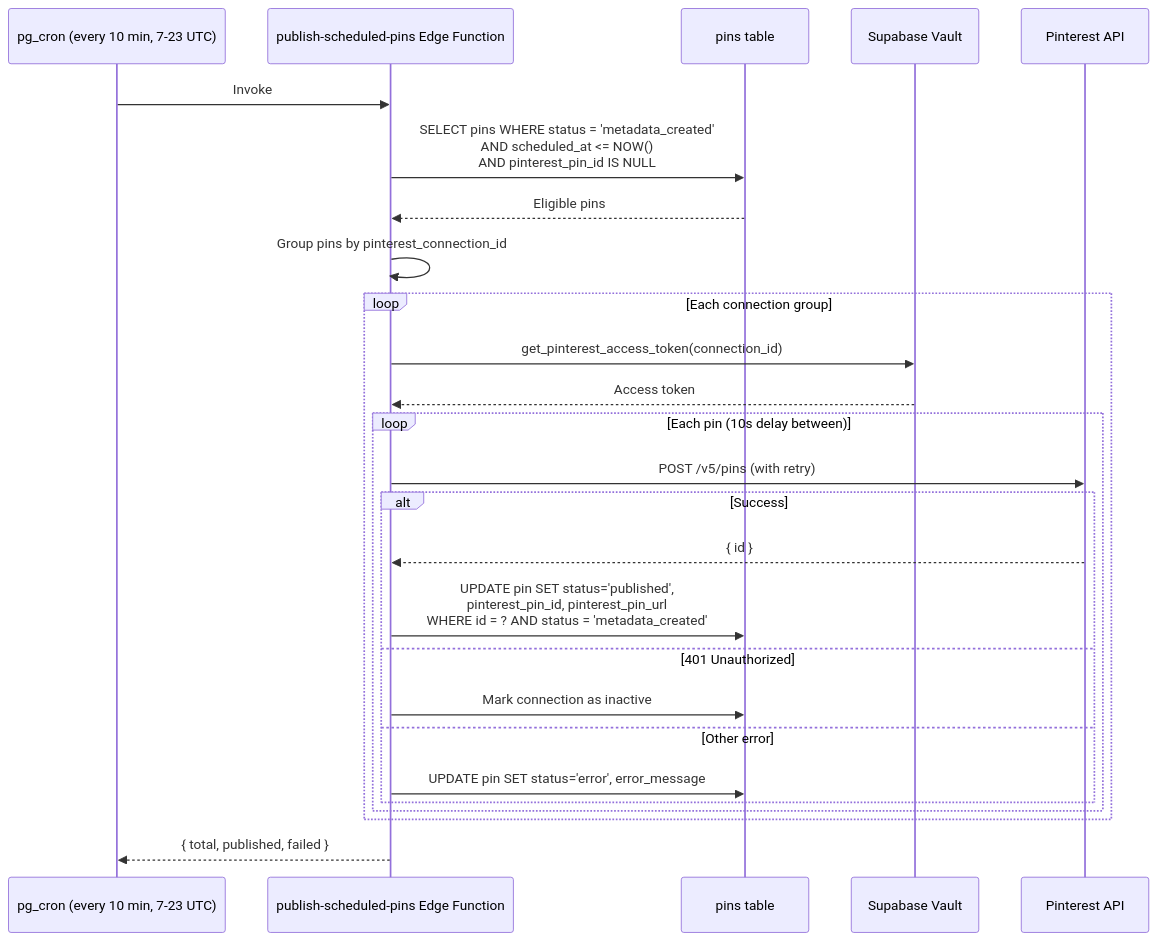
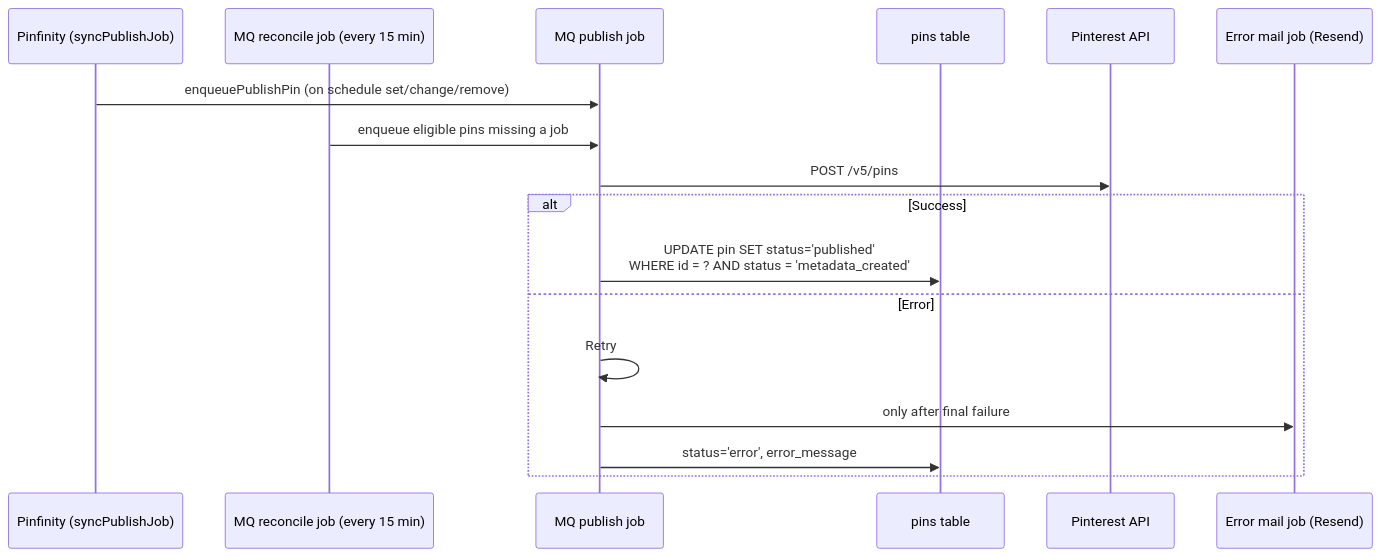
One commit to theaussie86/petra-pinterest changed the second of 4 diagrams in docs/flows/pin-publishing.md. Above: the diagram before and after it, drawn with Mermaid. The commit also changed other lines of this file and 5 other files, not shown here.

````diff
--- a/docs/flows/pin-publishing.md
+++ b/docs/flows/pin-publishing.md
@@ -38,33 +40,20 @@
 ```mermaid
 sequenceDiagram
-    participant Cron as pg_cron (every 10 min, 7-23 UTC)
-    participant Edge as publish-scheduled-pins Edge Function
+    participant App as Pinfinity (syncPublishJob)
+    participant Rec as MQ reconcile job (every 15 min)
+    participant MQ as MQ publish job
     participant DB as pins table
-    participant Vault as Supabase Vault
     participant Pinterest as Pinterest API
+    participant Mail as Error mail job (Resend)
 
-    Cron->>Edge: Invoke
-    Edge->>DB: SELECT pins WHERE status = 'metadata_created'<br/>AND scheduled_at <= NOW()<br/>AND pinterest_pin_id IS NULL
-    DB-->>Edge: Eligible pins
-
-    Edge->>Edge: Group pins by pinterest_connection_id
-
-    loop Each connection group
-        Edge->>Vault: get_pinterest_access_token(connection_id)
-        Vault-->>Edge: Access token
-
-        loop Each pin (10s delay between)
-            Edge->>Pinterest: POST /v5/pins (with retry)
-            alt Success
-                Pinterest-->>Edge: { id }
-                Edge->>DB: UPDATE pin SET status='published',<br/>pinterest_pin_id, pinterest_pin_url<br/>WHERE id = ? AND status = 'metadata_created'
-            else 401 Unauthorized
-                Edge->>DB: Mark connection as inactive
-            else Other error
-                Edge->>DB: UPDATE pin SET status='error', error_message
-            end
-        end
+    App->>MQ: enqueuePublishPin (on schedule set/change/remove)
+    Rec->>MQ: enqueue eligible pins missing a job
+    MQ->>Pinterest: POST /v5/pins
+    alt Success
+        MQ->>DB: UPDATE pin SET status='published'<br/>WHERE id = ? AND status = 'metadata_created'
+    else Error
+        MQ->>MQ: Retry
+        MQ->>Mail: only after final failure
+        MQ->>DB: status='error', error_message
     end
-
-    Edge-->>Cron: { total, published, failed }
 ```
````
